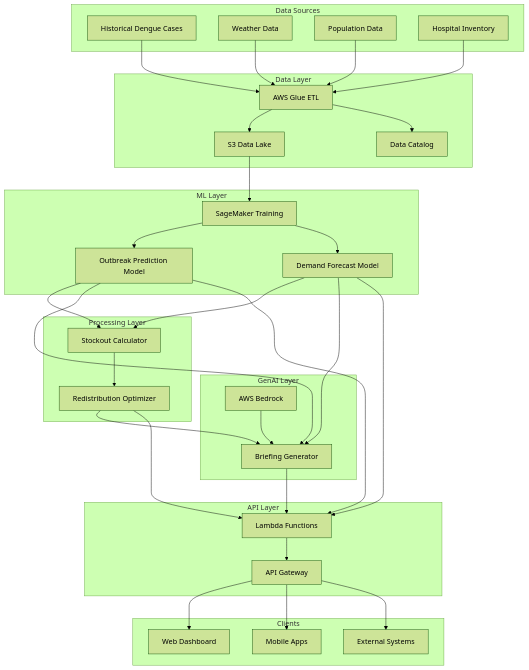
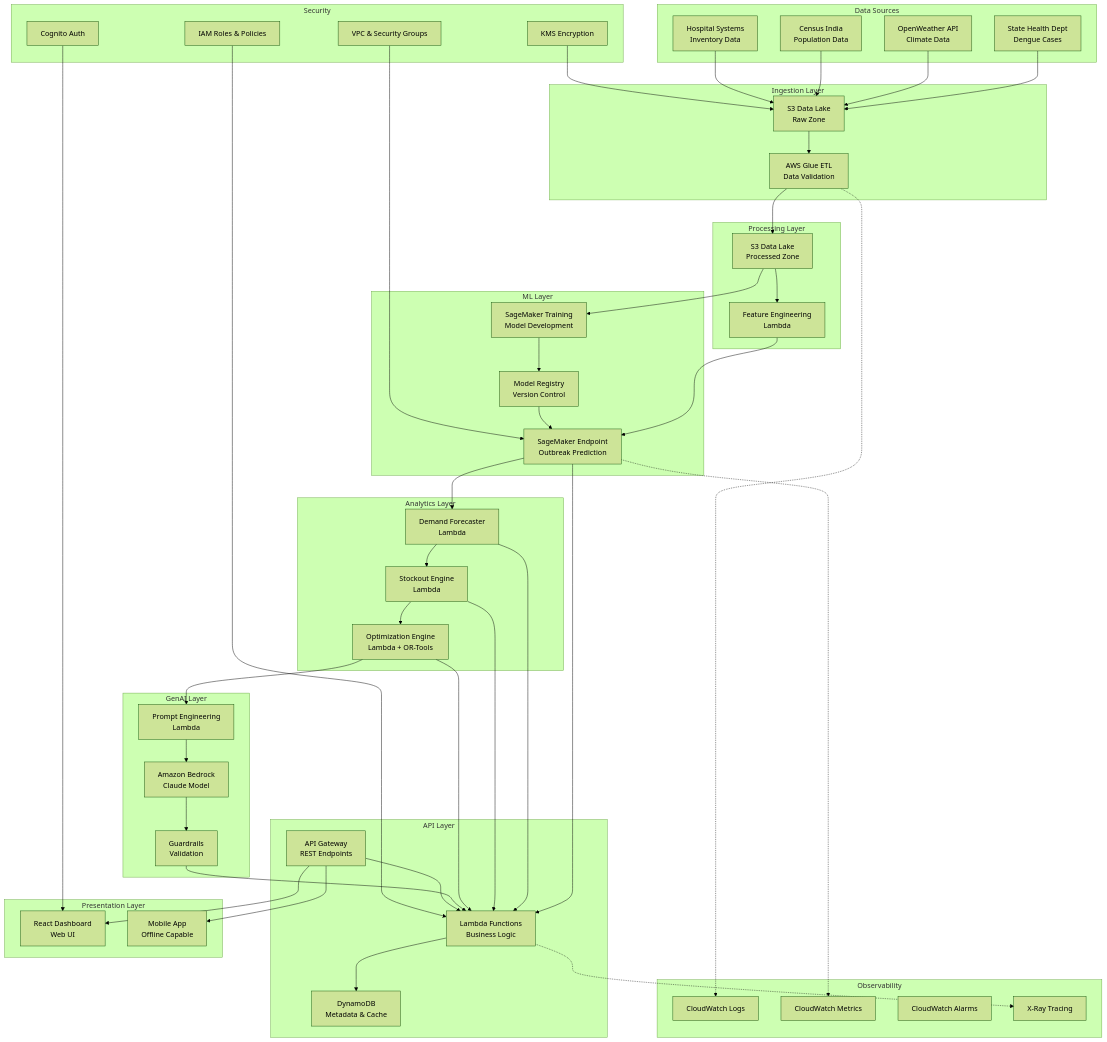
Before and after one commit to tanmayr27/IntelliMed: the first of 2 diagrams in design.md, drawn with Mermaid (forest theme). The commit also changed other lines of this file and 1 other file, not shown here.

````diff
--- a/design.md
+++ b/design.md
@@ -19,67 +513,105 @@
 ```mermaid
 graph TB
     subgraph "Data Sources"
-        A[Historical Dengue Cases]
-        B[Weather Data]
-        C[Population Data]
-        D[Hospital Inventory]
+        A1[State Health Dept<br/>Dengue Cases]
+        A2[OpenWeather API<br/>Climate Data]
+        A3[Census India<br/>Population Data]
+        A4[Hospital Systems<br/>Inventory Data]
     end
     
-    subgraph "Data Layer"
-        E[S3 Data Lake]
-        F[AWS Glue ETL]
-        G[Data Catalog]
+    subgraph "Ingestion Layer"
+        B1[S3 Data Lake<br/>Raw Zone]
+        B2[AWS Glue ETL<br/>Data Validation]
+    end
+    
+    subgraph "Processing Layer"
+        C1[S3 Data Lake<br/>Processed Zone]
+        C2[Feature Engineering<br/>Lambda]
     end
     
     subgraph "ML Layer"
-        H[SageMaker Training]
-        I[Outbreak Prediction Model]
-        J[Demand Forecast Model]
+        D1[SageMaker Training<br/>Model Development]
+        D2[SageMaker Endpoint<br/>Outbreak Prediction]
+        D3[Model Registry<br/>Version Control]
     end
     
-    subgraph "Processing Layer"
-        K[Redistribution Optimizer]
-        L[Stockout Calculator]
+    subgraph "Analytics Layer"
+        E1[Demand Forecaster<br/>Lambda]
+        E2[Stockout Engine<br/>Lambda]
+        E3[Optimization Engine<br/>Lambda + OR-Tools]
     end
     
     subgraph "GenAI Layer"
-        M[AWS Bedrock]
-        N[Briefing Generator]
+        F1[Amazon Bedrock<br/>Claude Model]
+        F2[Prompt Engineering<br/>Lambda]
+        F3[Guardrails<br/>Validation]
     end
     
     subgraph "API Layer"
-        O[API Gateway]
-        P[Lambda Functions]
+        G1[API Gateway<br/>REST Endpoints]
+        G2[Lambda Functions<br/>Business Logic]
+        G3[DynamoDB<br/>Metadata & Cache]
     end
     
-    subgraph "Clients"
-        Q[Web Dashboard]
-        R[Mobile Apps]
-        S[External Systems]
+    subgraph "Presentation Layer"
+        H1[React Dashboard<br/>Web UI]
+        H2[Mobile App<br/>Offline Capable]
     end
     
-    A --> F
-    B --> F
-    C --> F
-    D --> F
-    F --> E
-    F --> G
-    E --> H
-    H --> I
-    H --> J
-    I --> L
-    J --> L
-    L --> K
-    K --> N
-    I --> N
-    J --> N
-    M --> N
-    N --> P
-    I --> P
-    J --> P
-    K --> P
-    P --> O
-    O --> Q
-    O --> R
-    O --> S
+    subgraph "Observability"
+        I1[CloudWatch Logs]
+        I2[CloudWatch Metrics]
+        I3[CloudWatch Alarms]
+        I4[X-Ray Tracing]
+    end
+    
+    subgraph "Security"
+        J1[IAM Roles & Policies]
+        J2[KMS Encryption]
+        J3[VPC & Security Groups]
+        J4[Cognito Auth]
+    end
+    
+    A1 --> B1
+    A2 --> B1
+    A3 --> B1
+    A4 --> B1
+    
+    B1 --> B2
+    B2 --> C1
+    C1 --> C2
+    
+    C2 --> D2
+    C1 --> D1
+    D1 --> D3
+    D3 --> D2
+    
+    D2 --> E1
+    E1 --> E2
+    E2 --> E3
+    
+    E3 --> F2
+    F2 --> F1
+    F1 --> F3
+    
+    D2 --> G2
+    E1 --> G2
+    E2 --> G2
+    E3 --> G2
+    F3 --> G2
+    
+    G1 --> G2
+    G2 --> G3
+    
+    G1 --> H1
+    G1 --> H2
+    
+    B2 -.-> I1
+    D2 -.-> I2
+    G2 -.-> I4
+    
+    J1 --> G2
+    J2 --> B1
+    J3 --> D2
+    J4 --> H1
 ```
````
